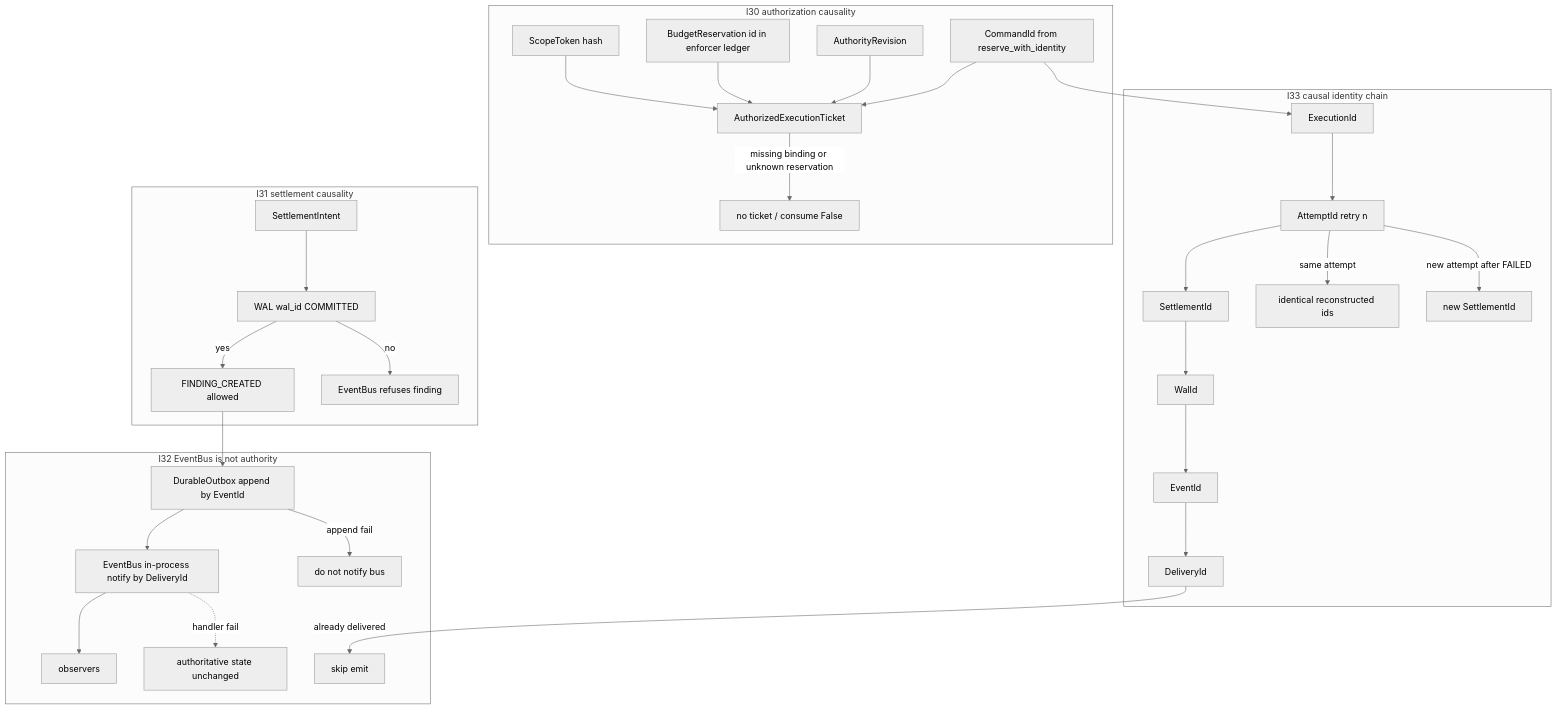
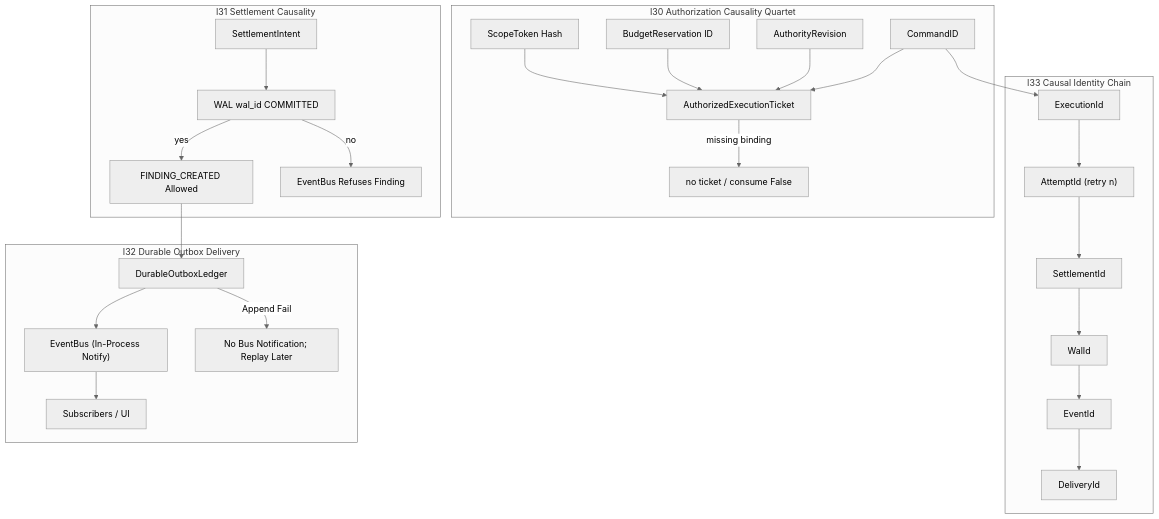
One commit to AviralGup7/Singularity-Zero changed diagram 16 of 29 in docs/flowchart.md. Above: the diagram before and after it, drawn with Mermaid (neutral theme). The commit also changed other lines of this file and 6 other files, not shown here.

Commit message:
feat(atlas): complete atlas audit hardening, code improvements, invariant registry, and charts F-034..F-045

````diff
--- a/docs/flowchart.md
+++ b/docs/flowchart.md
@@ -593,37 +701,30 @@
 ```mermaid
 flowchart TD
-    subgraph I30["I30 authorization causality"]
-        Scope["ScopeToken hash"]
-        Res["BudgetReservation id in enforcer ledger"]
-        Rev["AuthorityRevision"]
-        Cmd["CommandId from reserve_with_identity"]
-        Scope --> Ticket["AuthorizedExecutionTicket"]
-        Res --> Ticket
-        Rev --> Ticket
-        Cmd --> Ticket
-        Ticket -->|"missing binding or unknown reservation"| Reject["no ticket / consume False"]
+    subgraph I30_Box["I30 Authorization Causality Quartet"]
+        Scope["ScopeToken Hash"]:::impl
+        Res["BudgetReservation ID"]:::impl
+        Rev["AuthorityRevision"]:::impl
+        Cmd["CommandID"]:::impl
+        Scope & Res & Rev & Cmd --> Ticket["AuthorizedExecutionTicket"]:::impl
+        Ticket -->|"missing binding"| Reject["no ticket / consume False"]:::forbidden
     end
-    subgraph I33["I33 causal identity chain"]
-        Cmd --> ExecId["ExecutionId"]
-        ExecId --> AttId["AttemptId retry n"]
-        AttId --> StlId["SettlementId"]
-        StlId --> WalId["WalId"]
-        WalId --> EvtId["EventId"]
-        EvtId --> DlvId["DeliveryId"]
-        AttId -->|"same attempt"| Same["identical reconstructed ids"]
-        AttId -->|"new attempt after FAILED"| Retry["new SettlementId"]
+    subgraph I33_Box["I33 Causal Identity Chain"]
+        Cmd --> ExecId["ExecutionId"]:::impl
+        ExecId --> AttId["AttemptId (retry n)"]:::impl
+        AttId --> StlId["SettlementId"]:::impl
+        StlId --> WalId["WalId"]:::impl
+        WalId --> EvtId["EventId"]:::impl
+        EvtId --> DlvId["DeliveryId"]:::impl
     end
-    subgraph I31["I31 settlement causality"]
-        Intent["SettlementIntent"] --> Durable["WAL wal_id COMMITTED"]
-        Durable -->|"yes"| Finding["FINDING_CREATED allowed"]
-        Durable -->|"no"| NoEmit["EventBus refuses finding"]
+    subgraph I31_Box["I31 Settlement Causality"]
+        Intent["SettlementIntent"]:::impl --> Durable["WAL wal_id COMMITTED"]:::impl
+        Durable -->|"yes"| Finding["FINDING_CREATED Allowed"]:::impl
+        Durable -->|"no"| NoEmit["EventBus Refuses Finding"]:::forbidden
     end
-    subgraph I32["I32 EventBus is not authority"]
-        Finding --> Outbox["DurableOutbox append by EventId"]
-        Outbox --> Bus["EventBus in-process notify by DeliveryId"]
-        Bus --> Consumers["observers"]
-        Outbox -->|append fail| NoBus["do not notify bus"]
-        Bus -.->|"handler fail"| Still["authoritative state unchanged"]
-        DlvId -->|"already delivered"| Skip["skip emit"]
+    subgraph I32_Box["I32 Durable Outbox Delivery"]
+        Finding --> Outbox["DurableOutboxLedger"]:::impl
+        Outbox --> Bus["EventBus (In-Process Notify)"]:::impl
+        Bus --> Consumers["Subscribers / UI"]:::impl
+        Outbox -->|Append Fail| NoBus["No Bus Notification; Replay Later"]:::vacuous
     end
 ```
````
